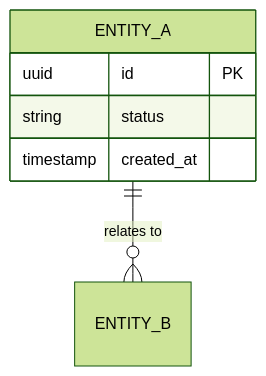
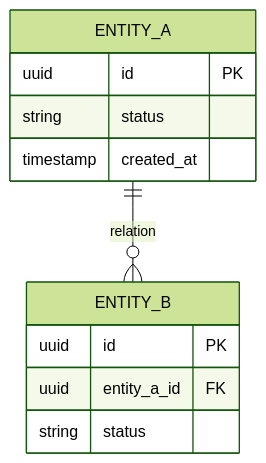
The diagram in standards/spec-template.md (fakeowl1/notification-gateway), drawn with Mermaid (forest theme) before and after one commit. The commit also changed other lines of this file and 5 other files, not shown here.

````diff
--- a/standards/spec-template.md
+++ b/standards/spec-template.md
@@ -77,9 +48,14 @@
 ```mermaid
 erDiagram
-    ENTITY_A ||--o{ ENTITY_B : "relates to"
+    ENTITY_A ||--o{ ENTITY_B : "relation"
     ENTITY_A {
         uuid id PK
         string status
         timestamp created_at
     }
+    ENTITY_B {
+        uuid id PK
+        uuid entity_a_id FK
+        string status
+    }
 ```
````
